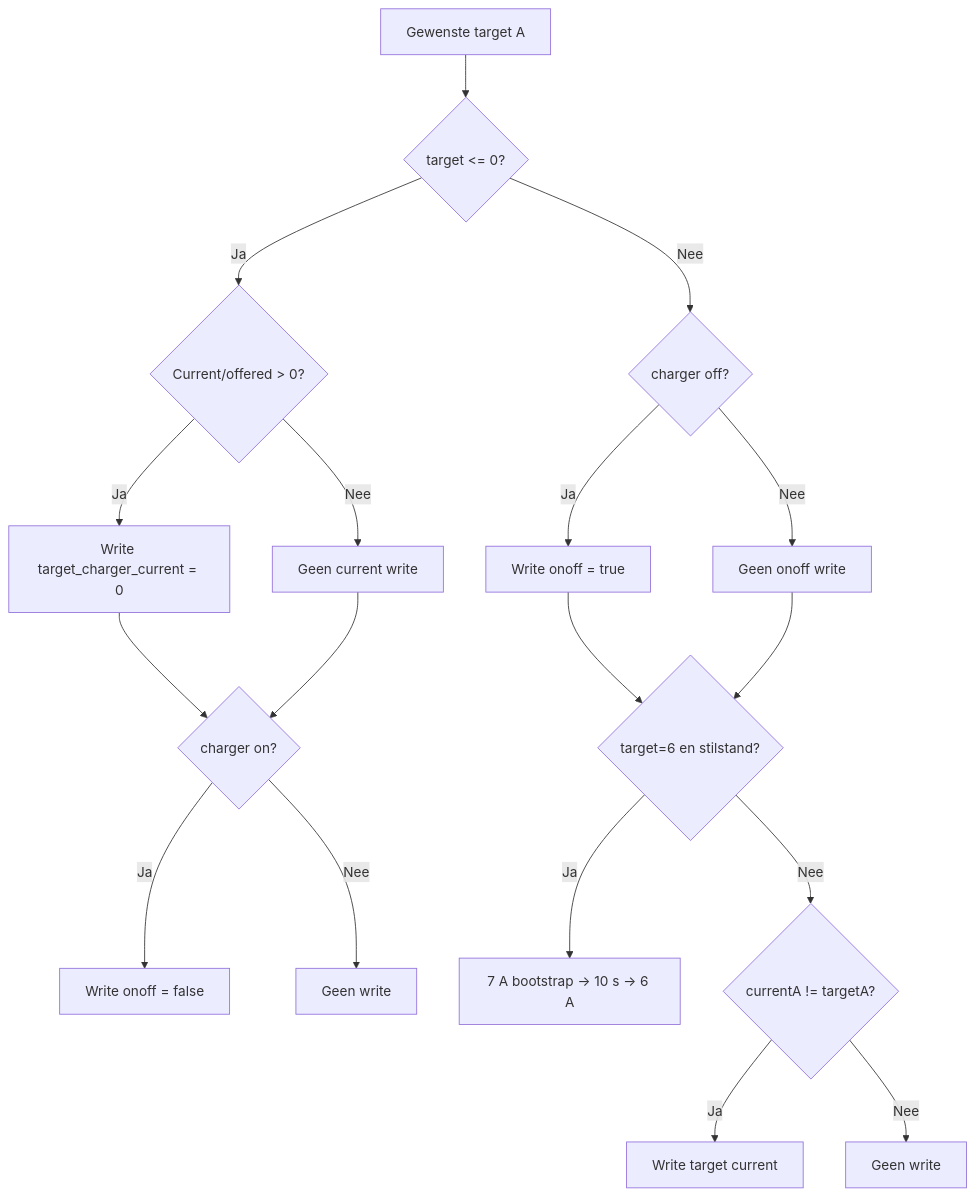
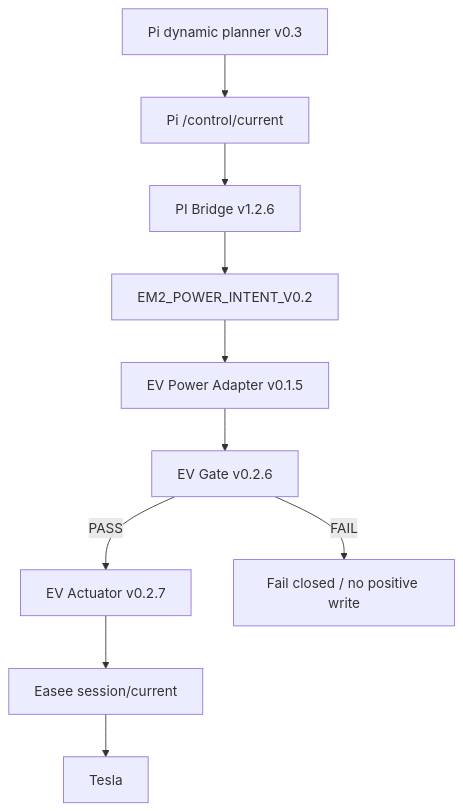
Before and after one commit to OnsKasteeltje/homey-energy-manual: the first of 5 diagrams in docs/software-architecture/flows/tesla-flow.md, drawn with Mermaid. The commit also changed other lines of this file, not shown here.

Commit message:
docs: replace legacy Tesla flow with current Pi/Homey execution chain

````diff
--- a/docs/software-architecture/flows/tesla-flow.md
+++ b/docs/software-architecture/flows/tesla-flow.md
@@ -135,20 +40,12 @@
 ```mermaid
 flowchart TD
-    A[Gewenste target A] --> B{target <= 0?}
-    B -- Ja --> C{Current/offered > 0?}
-    C -- Ja --> D[Write target_charger_current = 0]
-    C -- Nee --> E[Geen current write]
-    D --> F{charger on?}
-    E --> F
-    F -- Ja --> G[Write onoff = false]
-    F -- Nee --> H[Geen write]
-    B -- Nee --> I{charger off?}
-    I -- Ja --> J[Write onoff = true]
-    I -- Nee --> K[Geen onoff write]
-    J --> L{target=6 en stilstand?}
-    K --> L
-    L -- Ja --> M[7 A bootstrap → 10 s → 6 A]
-    L -- Nee --> N{currentA != targetA?}
-    N -- Ja --> O[Write target current]
-    N -- Nee --> P[Geen write]
+    A[Pi dynamic planner v0.3] --> B[Pi /control/current]
+    B --> C[PI Bridge v1.2.6]
+    C --> D[EM2_POWER_INTENT_V0.2]
+    D --> E[EV Power Adapter v0.1.5]
+    E --> F[EV Gate v0.2.6]
+    F -->|PASS| G[EV Actuator v0.2.7]
+    F -->|FAIL| H[Fail closed / no positive write]
+    G --> I[Easee session/current]
+    I --> J[Tesla]
 ```
````
